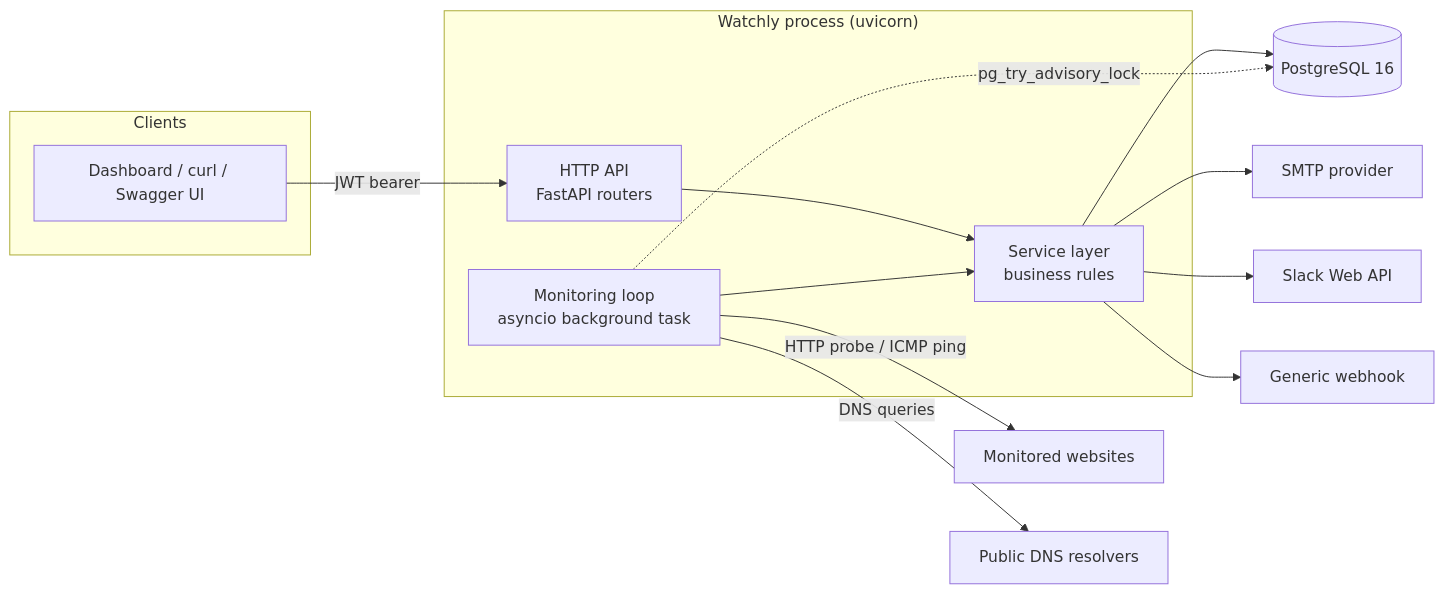
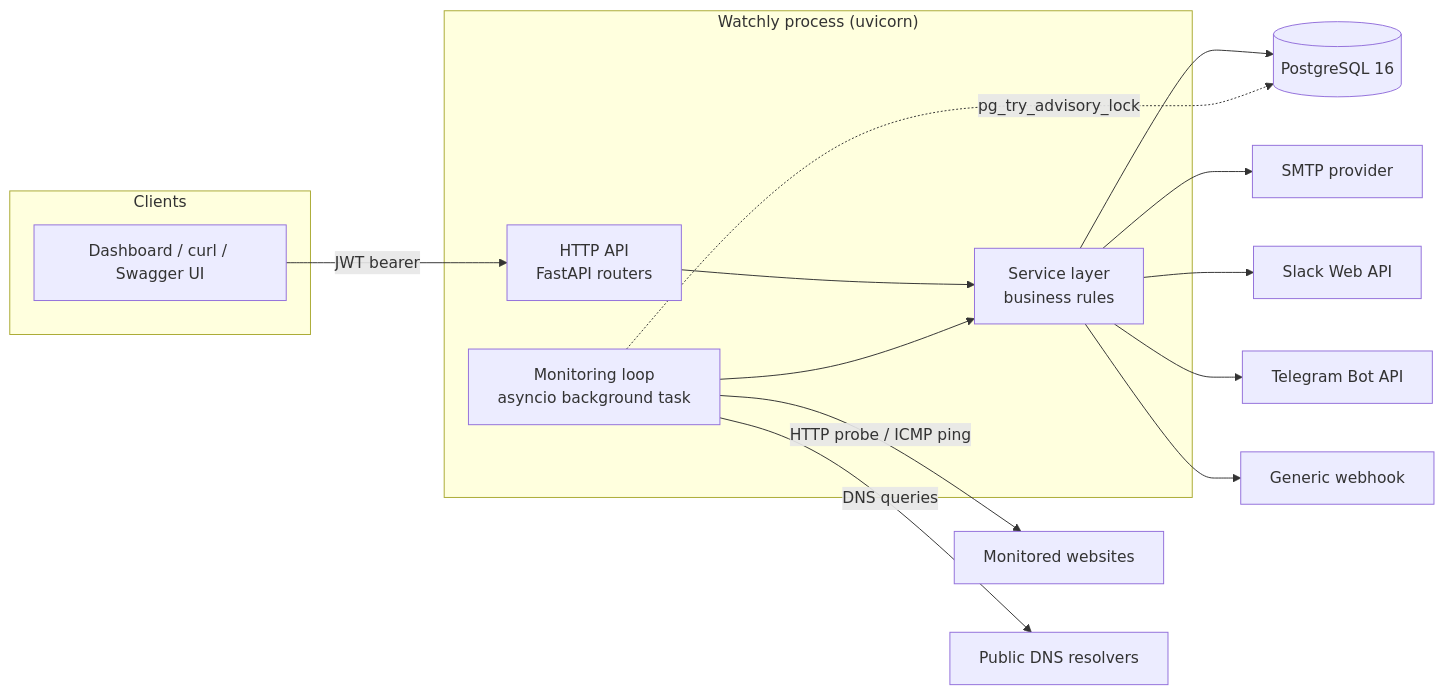
One commit to TahjibNil75/watchly changed the first of 6 diagrams in doc/hld.md. Above: the diagram before and after it, drawn with Mermaid. The commit also changed other lines of this file and 40 other files, not shown here.

Commit message:
feat: added telegram bot

````diff
--- a/doc/hld.md
+++ b/doc/hld.md
@@ -46,30 +47,32 @@
 ```mermaid
 flowchart LR
     subgraph client["Clients"]
         UI["Dashboard / curl / Swagger UI"]
     end
 
     subgraph proc["Watchly process (uvicorn)"]
         API["HTTP API<br/>FastAPI routers"]
         LOOP["Monitoring loop<br/>asyncio background task"]
         SVC["Service layer<br/>business rules"]
     end
 
     DB[("PostgreSQL 16")]
     TARGETS["Monitored websites"]
     RESOLVERS["Public DNS resolvers"]
     SMTP["SMTP provider"]
     SLACK["Slack Web API"]
+    TELEGRAM["Telegram Bot API"]
     HOOK["Generic webhook"]
 
     UI -->|"JWT bearer"| API
     API --> SVC
     LOOP --> SVC
     SVC --> DB
     LOOP -->|"HTTP probe / ICMP ping"| TARGETS
     LOOP -->|"DNS queries"| RESOLVERS
     SVC --> SMTP
     SVC --> SLACK
+    SVC --> TELEGRAM
     SVC --> HOOK
     LOOP -.->|"pg_try_advisory_lock"| DB
 ```
````
